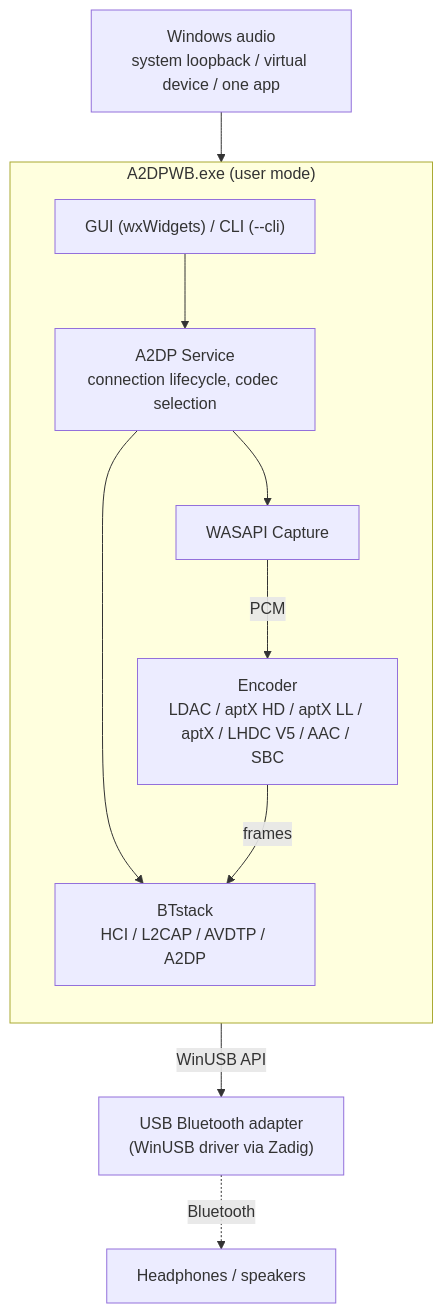
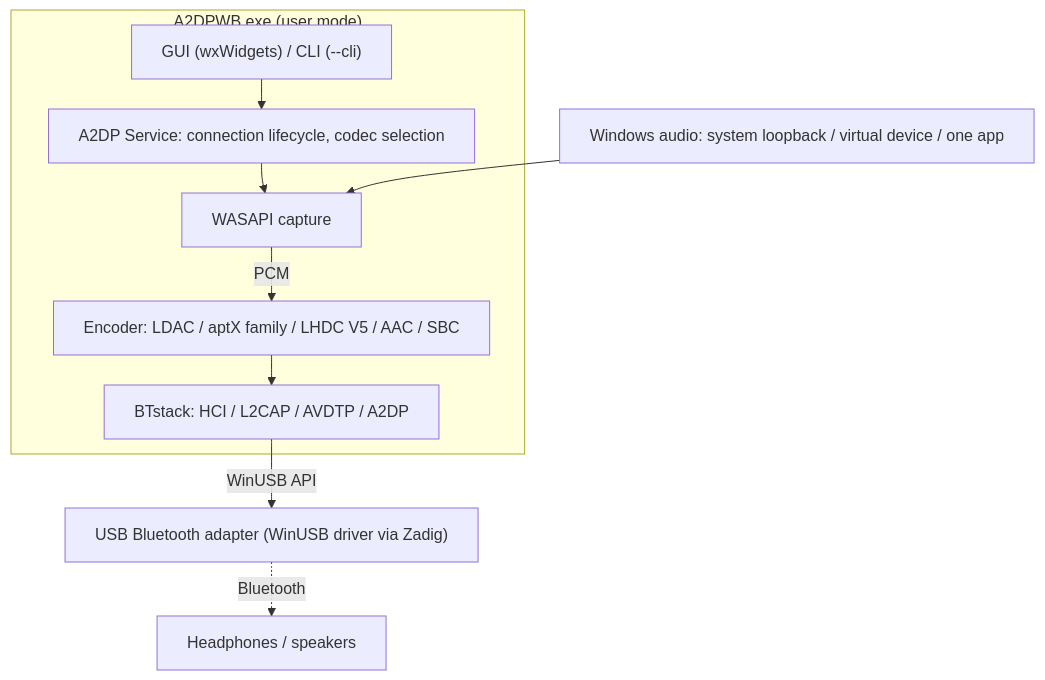
The diagram in README.md (SeiyaFunaokaJP/A2DP-Windows-Bridge), drawn with Mermaid before and after one commit. The commit also changed 5 other files, not shown here.

First line of the commit message:
docs: keep Mermaid diagram labels on one line

````diff
--- a/README.md
+++ b/README.md
@@ -69,20 +69,19 @@
 ```mermaid
+---
+config:
+  flowchart:
+    wrappingWidth: 480
+    rankSpacing: 30
+---
 flowchart TB
-    src["Windows audio<br/>system loopback / virtual device / one app"]
+    src["Windows audio: system loopback / virtual device / one app"]
     subgraph exe["A2DPWB.exe (user mode)"]
-        direction TB
-        ui["GUI (wxWidgets) / CLI (--cli)"]
-        svc["A2DP Service<br/>connection lifecycle, codec selection"]
-        cap["WASAPI Capture"]
-        enc["Encoder<br/>LDAC / aptX HD / aptX LL / aptX / LHDC V5 / AAC / SBC"]
-        bt["BTstack<br/>HCI / L2CAP / AVDTP / A2DP"]
-        ui --> svc
-        svc --> cap
-        svc --> bt
-        cap -- PCM --> enc
-        enc -- frames --> bt
+        ui["GUI (wxWidgets) / CLI (--cli)"] --> svc["A2DP Service: connection lifecycle, codec selection"]
+        svc --> cap["WASAPI capture"]
+        cap -- PCM --> enc["Encoder: LDAC / aptX family / LHDC V5 / AAC / SBC"]
+        enc --> bt["BTstack: HCI / L2CAP / AVDTP / A2DP"]
     end
     src --> cap
-    bt -- WinUSB API --> usb["USB Bluetooth adapter<br/>(WinUSB driver via Zadig)"]
+    bt -- WinUSB API --> usb["USB Bluetooth adapter (WinUSB driver via Zadig)"]
     usb -. Bluetooth .-> hp["Headphones / speakers"]
 ```
````
